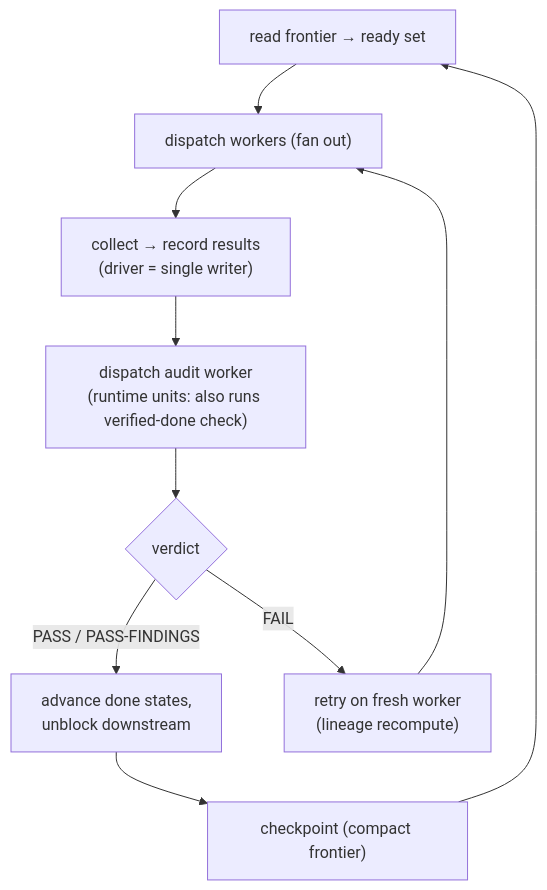
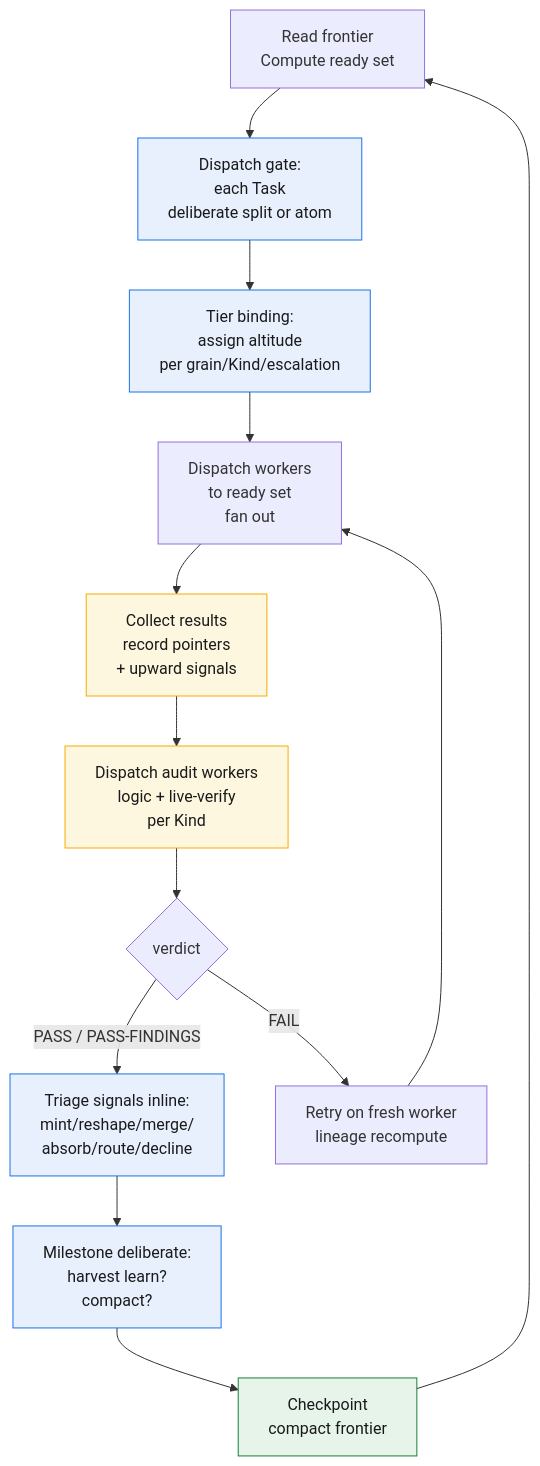
One commit to RohitDashora/gotm-framework-for-agentic-development changed the first of 2 diagrams in docs/04-the-loop.md. Above: the diagram before and after it, drawn with Mermaid. The commit also changed other lines of this file and 66 other files, not shown here.

````diff
--- a/docs/04-the-loop.md
+++ b/docs/04-the-loop.md
@@ -29,12 +35,23 @@
 ```mermaid
-flowchart TB
-    A["read frontier → ready set"] --> B["dispatch workers (fan out)"]
-    B --> C["collect → record results<br/>(driver = single writer)"]
-    C --> E["dispatch audit worker<br/>(runtime units: also runs verified-done check)"]
-    E --> G{verdict}
-    G -->|"PASS / PASS-FINDINGS"| H["advance done states,<br/>unblock downstream"]
-    G -->|FAIL| F["retry on fresh worker<br/>(lineage recompute)"]
-    F --> B
-    H --> I["checkpoint (compact frontier)"]
-    I --> A
+flowchart TD
+    A["Read frontier<br/>Compute ready set"] --> B["Dispatch gate:<br/>each Task<br/>deliberate split or atom"]
+    B --> C["Tier binding:<br/>assign altitude<br/>per grain/Kind/escalation"]
+    C --> D["Dispatch workers<br/>to ready set<br/>fan out"]
+    D --> E["Collect results<br/>record pointers<br/>+ upward signals"]
+    E --> F["Dispatch audit workers<br/>logic + live-verify<br/>per Kind"]
+    F --> G{verdict}
+    G -->|"PASS / PASS-FINDINGS"| H["Triage signals inline:<br/>mint/reshape/merge/<br/>absorb/route/decline"]
+    G -->|FAIL| I["Retry on fresh worker<br/>lineage recompute"]
+    I --> D
+    H --> J["Milestone deliberate:<br/>harvest learn?<br/>compact?"]
+    J --> K["Checkpoint<br/>compact frontier"]
+    K --> A
+    
+    style B fill:#e8f0fe,stroke:#1a73e8,color:#1a1a1a
+    style C fill:#e8f0fe,stroke:#1a73e8,color:#1a1a1a
+    style E fill:#fef7e0,stroke:#f9ab00,color:#1a1a1a
+    style F fill:#fef7e0,stroke:#f9ab00,color:#1a1a1a
+    style H fill:#e8f0fe,stroke:#1a73e8,color:#1a1a1a
+    style J fill:#e8f0fe,stroke:#1a73e8,color:#1a1a1a
+    style K fill:#e6f4ea,stroke:#188038,color:#1a1a1a
 ```
````
